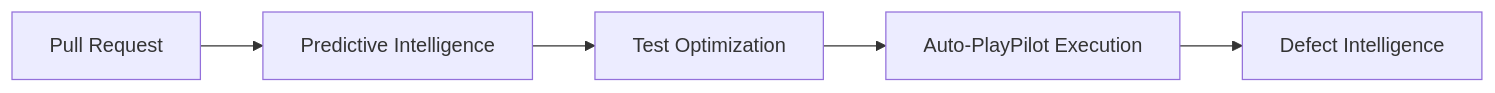
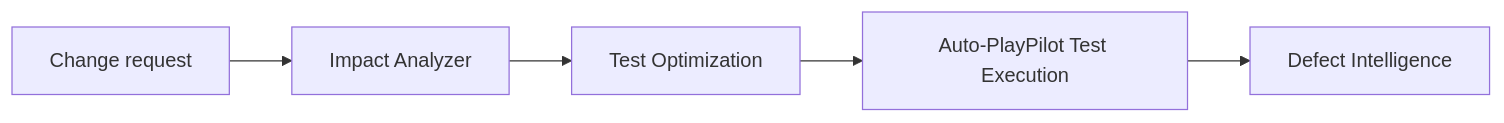
The diagram in docs/workflows/regression.md (QE-CoE/zenseaiqicookbook), drawn with Mermaid before and after one commit. The commit also changed other lines of this file and 34 other files, not shown here.

````diff
--- a/docs/workflows/regression.md
+++ b/docs/workflows/regression.md
@@ -5,4 +5,4 @@
 ```mermaid
 flowchart LR
-  PR[Pull Request] --> PI[Predictive Intelligence] --> TO[Test Optimization] --> APP[Auto-PlayPilot Execution] --> DI[Defect Intelligence]
+  CR[Change request] --> IA[Impact Analyzer] --> TO[Test Optimization] --> APP[Auto-PlayPilot Test Execution] --> DI[Defect Intelligence]
 ```
````
